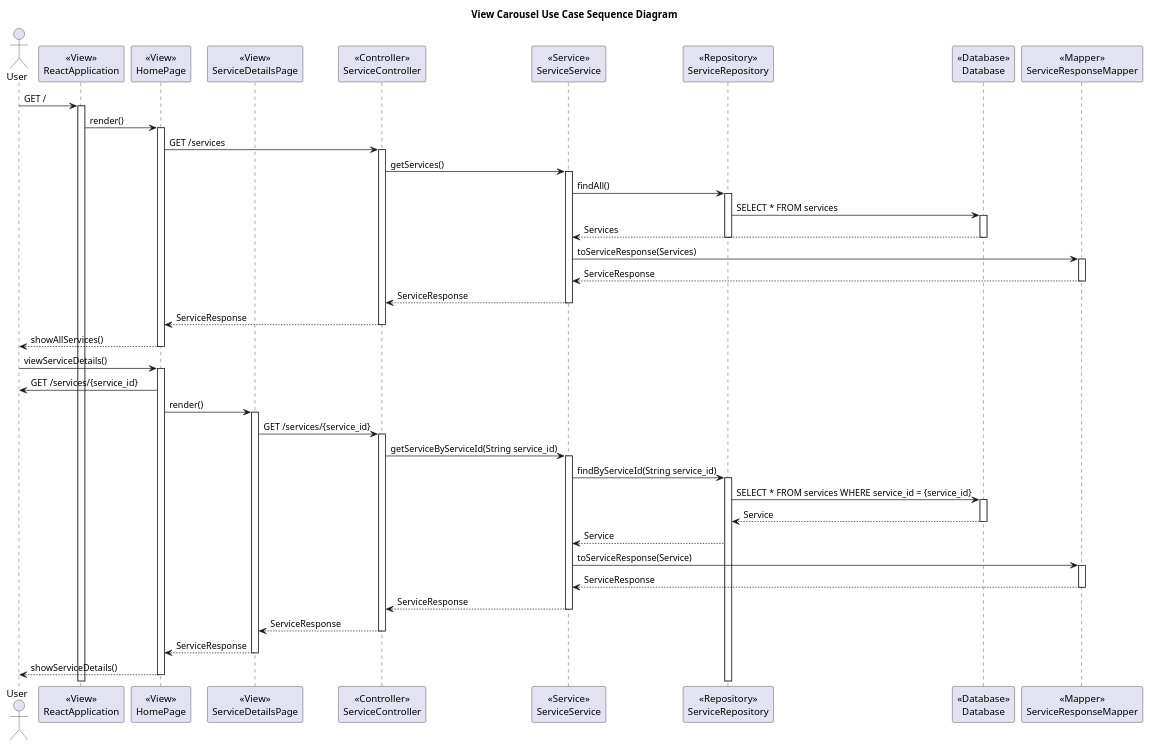
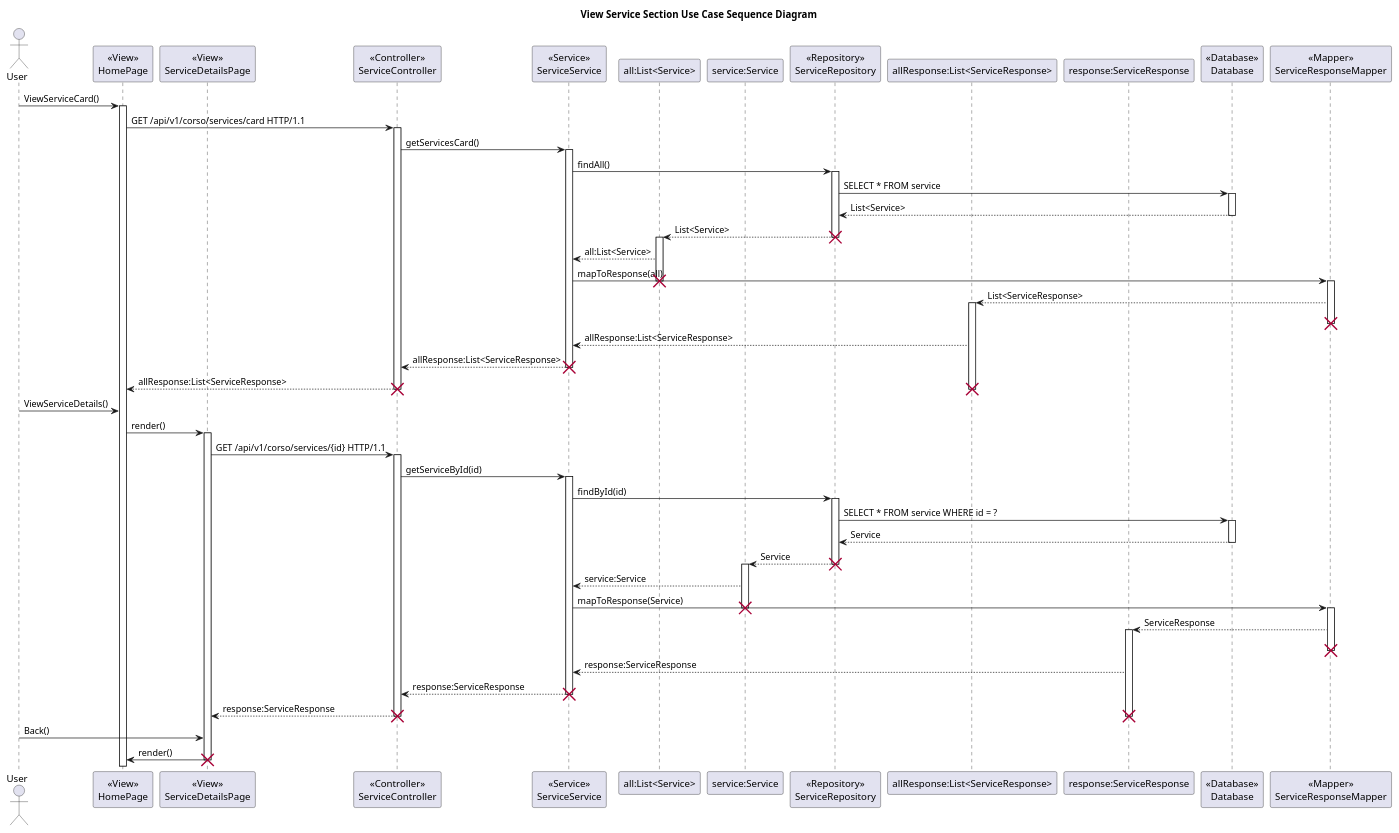
The diagram in Sprint_2/View_Services/Design-lvl-SSD.puml (DylanBrass/Corso-Website), drawn with PlantUML before and after one commit. The commit also changed 21 other files, not shown here.

First line of the commit message:
doc(CORSO): fixing diagrams (#7)

```diff
--- a/Sprint_2/View_Services/Design-lvl-SSD.puml
+++ b/Sprint_2/View_Services/Design-lvl-SSD.puml
@@ -1,122 +1,143 @@
 @startuml
 
-title View Carousel Use Case Sequence Diagram
+title View Service Section Use Case Sequence Diagram
 
 actor User
 
-participant ReactApplication as "<<View>>\nReactApplication"
 participant HomePage as "<<View>>\nHomePage"
+
 participant ServiceDetailsPage as "<<View>>\nServiceDetailsPage"
 
 participant ServiceController as "<<Controller>>\nServiceController"
 
 participant ServiceService as "<<Service>>\nServiceService"
 
+participant all as "all:List<Service>"
+
+participant Service as "service:Service"
+
 participant ServiceRepository as "<<Repository>>\nServiceRepository"
+
+participant allResponse as "allResponse:List<ServiceResponse>"
+
+participant ServiceResponse as "response:ServiceResponse"
 
 participant Database as "<<Database>>\nDatabase"
 
 participant ServiceResponseMapper as "<<Mapper>>\nServiceResponseMapper"
 
-User -> ReactApplication : GET /
-activate ReactApplication
+User -> HomePage:ViewServiceCard()
+activate HomePage
+ 
+HomePage -> ServiceController: GET /api/v1/corso/services/card HTTP/1.1
+activate ServiceController
 
-ReactApplication -> HomePage : render()
-activate HomePage
+ServiceController -> ServiceService: getServicesCard()
 
+activate ServiceService
 
+ServiceService -> ServiceRepository: findAll()
 
-HomePage -> ServiceController : GET /services
+activate ServiceRepository
+
+ServiceRepository -> Database: SELECT * FROM service
+
+activate Database
+
+Database --> ServiceRepository: List<Service>
+
+deactivate Database
+
+ServiceRepository --> all : List<Service>
+destroy ServiceRepository
+activate all
+
+all --> ServiceService: all:List<Service>
+
+ServiceService -> ServiceResponseMapper: mapToResponse(all)
+destroy all
+activate ServiceResponseMapper
+ServiceResponseMapper --> allResponse: List<ServiceResponse>
+activate allResponse
+destroy ServiceResponseMapper
+allResponse --> ServiceService: allResponse:List<ServiceResponse>
+ServiceService --> ServiceController: allResponse:List<ServiceResponse>
+destroy ServiceService
+
+ServiceController --> HomePage: allResponse:List<ServiceResponse>
+
+destroy allResponse
+destroy ServiceController
+
+User -> HomePage:ViewServiceDetails()
+
+HomePage -> ServiceDetailsPage: render()
+
+activate ServiceDetailsPage
+
+ServiceDetailsPage -> ServiceController: GET /api/v1/corso/services/{id} HTTP/1.1
+
 activate ServiceController
+
+ServiceController -> ServiceService: getServiceById(id)
+
+activate ServiceService
+
+ServiceService -> ServiceRepository: findById(id)
+
+activate ServiceRepository
+
+ServiceRepository -> Database: SELECT * FROM service WHERE id = ?
+
+activate Database
+
+Database --> ServiceRepository: Service
+
+deactivate Database
+
+ServiceRepository --> Service: Service
+destroy ServiceRepository
+
+activate Service
+
+Service --> ServiceService: service:Service
 
 
 
 
 
-ServiceController -> ServiceService : getServices()
-activate ServiceService
+
+ServiceService -> ServiceResponseMapper: mapToResponse(Service)
 
 
-ServiceService -> ServiceRepository : findAll()
-activate ServiceRepository
+destroy Service
+activate ServiceResponseMapper
+
+ServiceResponseMapper --> ServiceResponse: ServiceResponse
+
+activate ServiceResponse
+
+destroy ServiceResponseMapper
+
+ServiceResponse --> ServiceService: response:ServiceResponse
+
+ServiceService --> ServiceController: response:ServiceResponse
+
+destroy ServiceService
+
+ServiceController --> ServiceDetailsPage: response:ServiceResponse
+destroy ServiceResponse
+destroy ServiceController
 
 
-ServiceRepository -> Database : SELECT * FROM services
-activate Database
+User -> ServiceDetailsPage:Back()
 
-Database --> ServiceService : Services
+ServiceDetailsPage -> HomePage: render()
 
-deactivate ServiceRepository
-
-deactivate Database
+destroy ServiceDetailsPage
 
 
 
-ServiceService -> ServiceResponseMapper : toServiceResponse(Services)
-activate ServiceResponseMapper
 
-ServiceResponseMapper --> ServiceService : ServiceResponse
-
-deactivate ServiceResponseMapper
-
-ServiceService --> ServiceController : ServiceResponse
-
-deactivate ServiceService
-
-ServiceController --> HomePage : ServiceResponse
-
-deactivate ServiceController
-
-HomePage --> User : showAllServices()
-
-deactivate HomePage
-
-User -> HomePage : viewServiceDetails()
-activate HomePage
-HomePage -> User : GET /services/{service_id}
-
-HomePage -> ServiceDetailsPage : render()
-activate ServiceDetailsPage
-
-ServiceDetailsPage -> ServiceController : GET /services/{service_id}
-activate ServiceController
-
-ServiceController -> ServiceService : getServiceByServiceId(String service_id)
-activate ServiceService
-
-ServiceService -> ServiceRepository : findByServiceId(String service_id)
-activate ServiceRepository
-
-ServiceRepository -> Database : SELECT * FROM services WHERE service_id = {service_id}
-activate Database
-
-Database --> ServiceRepository : Service
-
-deactivate Database
-
-ServiceRepository --> ServiceService : Service
-
-ServiceService -> ServiceResponseMapper : toServiceResponse(Service)
-activate ServiceResponseMapper
-
-ServiceResponseMapper --> ServiceService : ServiceResponse
-
-deactivate ServiceResponseMapper
-
-ServiceService --> ServiceController : ServiceResponse
-
-deactivate ServiceService
-
-ServiceController --> ServiceDetailsPage : ServiceResponse
-
-deactivate ServiceController
-
-ServiceDetailsPage --> HomePage : ServiceResponse
-
-deactivate ServiceDetailsPage
-
-HomePage --> User : showServiceDetails()
-
-deactivate HomePage
 
 @endpuml
```
